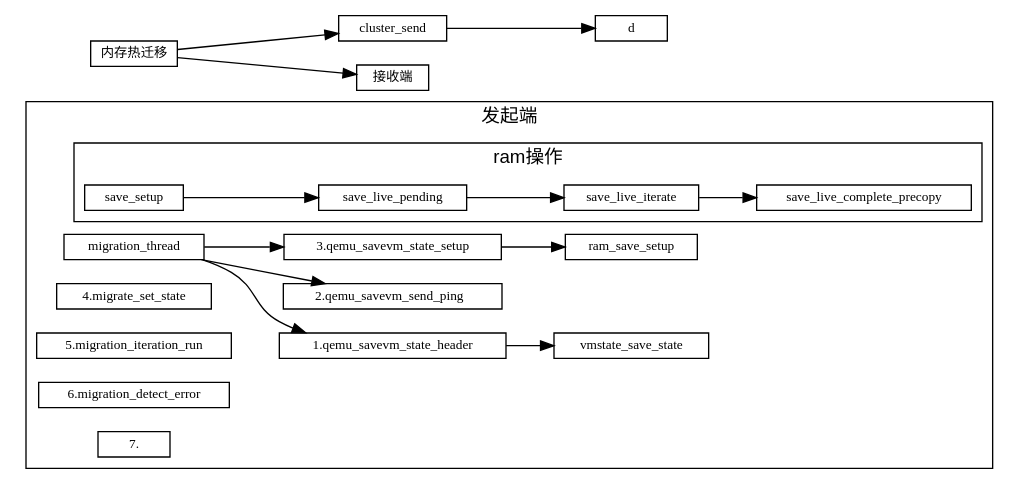
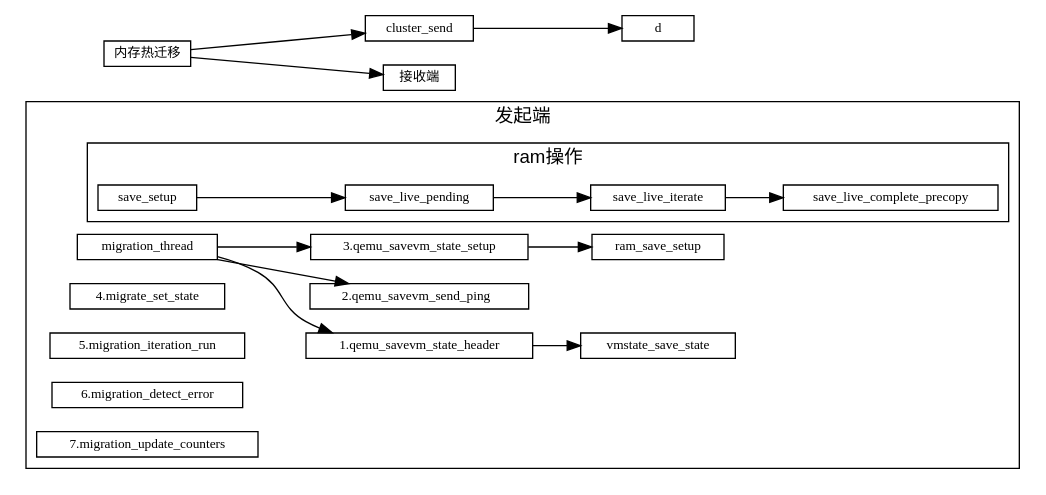
Before and after one commit to sisyphus1212/note: the diagram in 虚拟化/热迁移/1-内存热迁移.md, drawn with Graphviz.

Commit message:
auto_update

````diff
--- a/虚拟化/热迁移/1-内存热迁移.md
+++ b/虚拟化/热迁移/1-内存热迁移.md
@@ -11,38 +11,38 @@
 ```graphviz
 digraph 热迁移 {
 fontname="Helvetica,Arial,sans-serif"
 //node [fontname="Helvetica,Arial,sans-serif"]
 //edge [fontname="Helvetica,Arial,sans-serif"]
 rankdir="LR"
 node [fontsize=10, shape=box, height=0.25]
 edge [fontsize=10]
 
   subgraph send {
     cluster=true;
     label="发起端";
     migration_thread -> "1.qemu_savevm_state_header" -> vmstate_save_state;
     migration_thread -> "2.qemu_savevm_send_ping  ";
     migration_thread -> "3.qemu_savevm_state_setup" ->
                         ram_save_setup;
                         "4.migrate_set_state";
                         "5.migration_iteration_run";
                         "6.migration_detect_error";
-                        "7.";
+                        "7.migration_update_counters";
 
     subgraph ram_opts {
       cluster=true;
       label="ram操作";
       save_setup ->
       save_live_pending ->
       save_live_iterate ->
       save_live_complete_precopy;
     }
   }
 
 内存热迁移 [label="内存热迁移"]
 内存热迁移 -> cluster_send
            -> d
 
 内存热迁移 -> 接收端
 }
 ```
````
